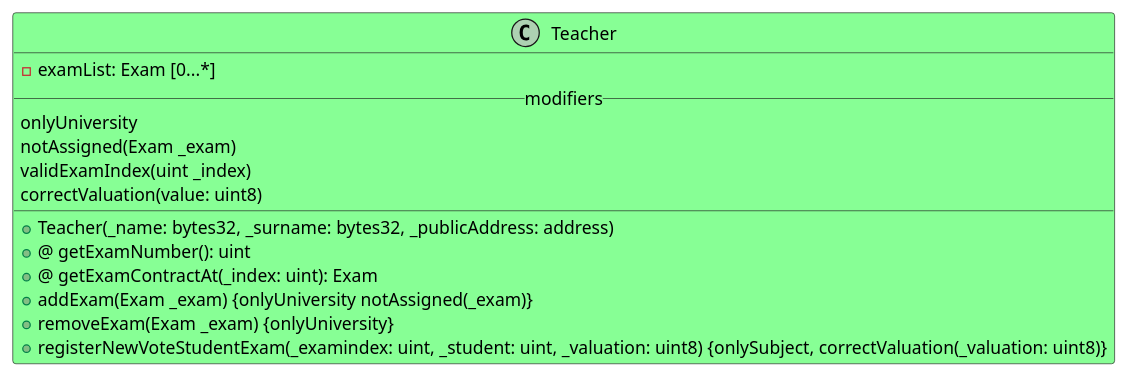
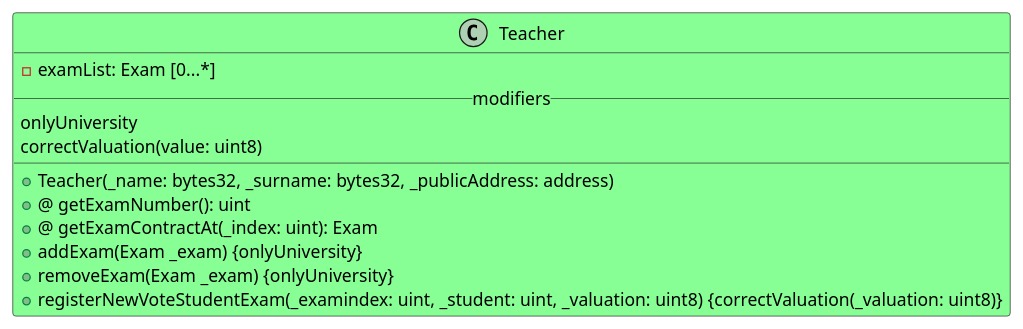
The diagram in Solidity/Contracts/Teacher.iuml (M9k/Marvin-Uml), drawn with PlantUML before and after one commit.

Commit message:
Corretto diagramma secondo implementazione

```diff
--- a/Solidity/Contracts/Teacher.iuml
+++ b/Solidity/Contracts/Teacher.iuml
@@ -1,18 +1,16 @@
 @startuml
 
 class Teacher #87FF95 {
 - examList: Exam [0...*]
 __modifiers__
 onlyUniversity
-notAssigned(Exam _exam)
-validExamIndex(uint _index)
 correctValuation(value: uint8)
 __
 + Teacher(_name: bytes32, _surname: bytes32, _publicAddress: address)
 +@ getExamNumber(): uint
 +@ getExamContractAt(_index: uint): Exam
-+ addExam(Exam _exam) {onlyUniversity notAssigned(_exam)}
++ addExam(Exam _exam) {onlyUniversity}
 + removeExam(Exam _exam) {onlyUniversity}
-+ registerNewVoteStudentExam(_examindex: uint, _student: uint, _valuation: uint8) {onlySubject, correctValuation(_valuation: uint8)}
++ registerNewVoteStudentExam(_examindex: uint, _student: uint, _valuation: uint8) {correctValuation(_valuation: uint8)}
 }
 @enduml
```
